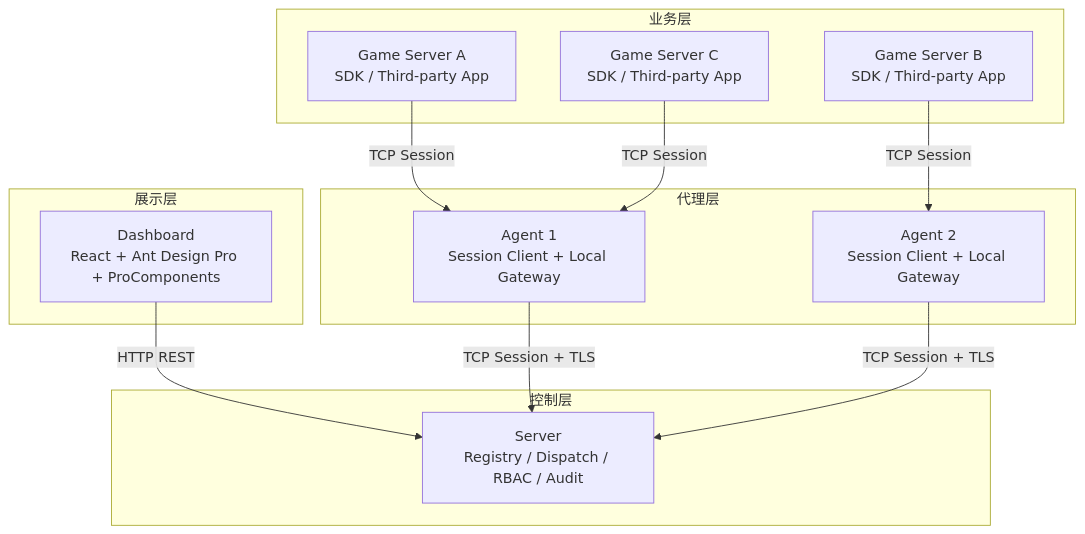
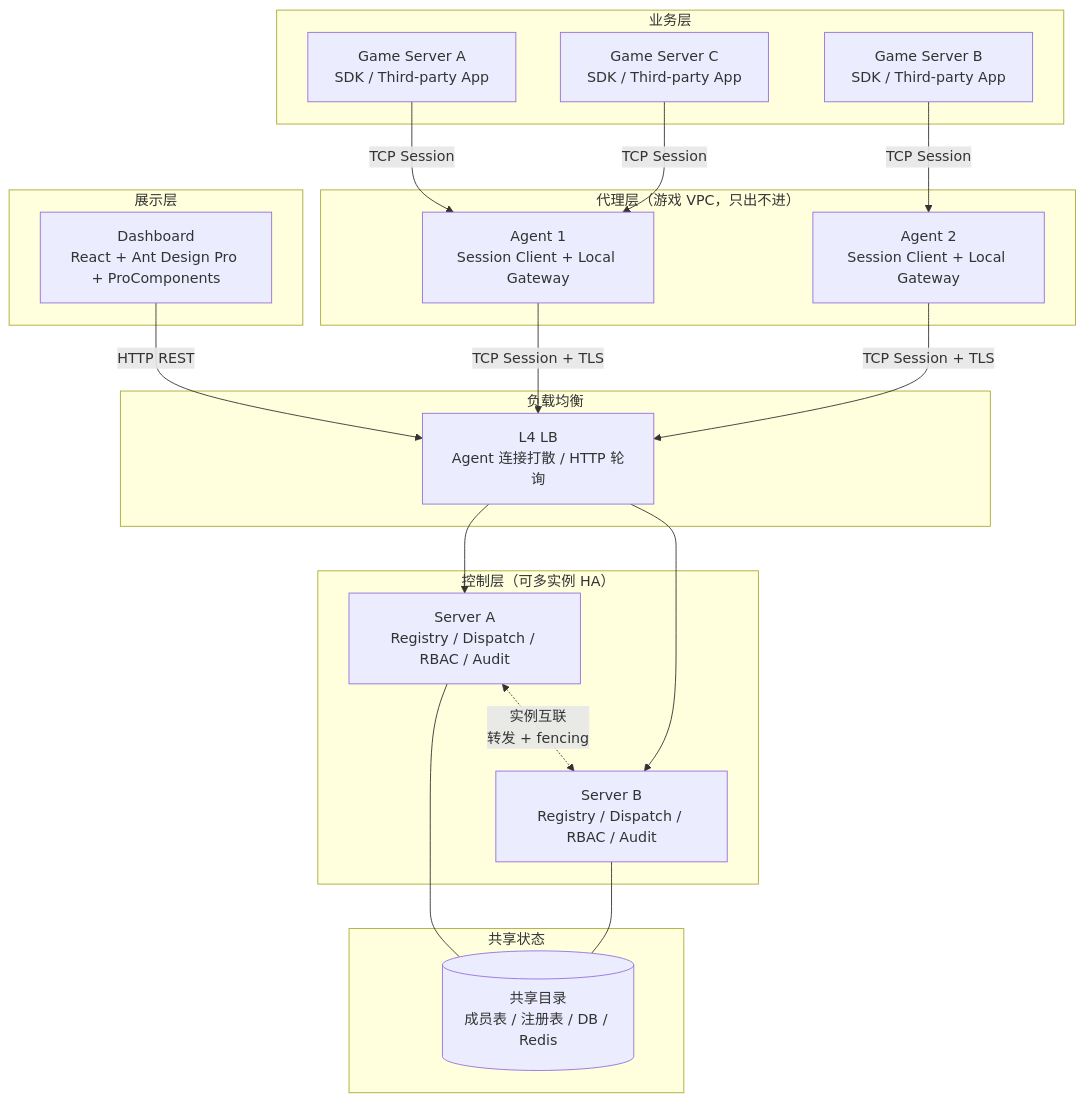
Before and after one commit to cuihairu/croupier: the diagram in README.md, drawn with Mermaid. The commit also changed other lines of this file and 16 other files, not shown here.

First line of the commit message:
feat(cluster): HA 二期接线 + 集群拓扑视图——转发执行全链路打通

````diff
--- a/README.md
+++ b/README.md
@@ -83,28 +82,42 @@
 ```mermaid
 graph TB
   subgraph "展示层"
     UI[Dashboard<br/>React + Ant Design Pro + ProComponents]
   end
 
-  subgraph "控制层"
-    Server[Server<br/>Registry / Dispatch / RBAC / Audit]
+  subgraph "负载均衡"
+    LB[L4 LB<br/>Agent 连接打散 / HTTP 轮询]
   end
 
-  subgraph "代理层"
+  subgraph "控制层（可多实例 HA）"
+    ServerA[Server A<br/>Registry / Dispatch / RBAC / Audit]
+    ServerB[Server B<br/>Registry / Dispatch / RBAC / Audit]
+    ServerA <-.->|实例互联<br/>转发 + fencing| ServerB
+  end
+
+  subgraph "共享状态"
+    Shared[(共享目录<br/>成员表 / 注册表 / DB / Redis)]
+  end
+
+  subgraph "代理层（游戏 VPC，只出不进）"
     Agent1[Agent 1<br/>Session Client + Local Gateway]
     Agent2[Agent 2<br/>Session Client + Local Gateway]
   end
 
   subgraph "业务层"
     GS1[Game Server A<br/>SDK / Third-party App]
     GS2[Game Server B<br/>SDK / Third-party App]
     GS3[Game Server C<br/>SDK / Third-party App]
   end
 
-  UI -->|HTTP REST| Server
-  Agent1 -->|TCP Session + TLS| Server
-  Agent2 -->|TCP Session + TLS| Server
+  UI -->|HTTP REST| LB
+  LB --> ServerA
+  LB --> ServerB
+  Agent1 -->|TCP Session + TLS| LB
+  Agent2 -->|TCP Session + TLS| LB
+  ServerA --- Shared
+  ServerB --- Shared
   GS1 -->|TCP Session| Agent1
   GS2 -->|TCP Session| Agent2
   GS3 -->|TCP Session| Agent1
 ```
````
